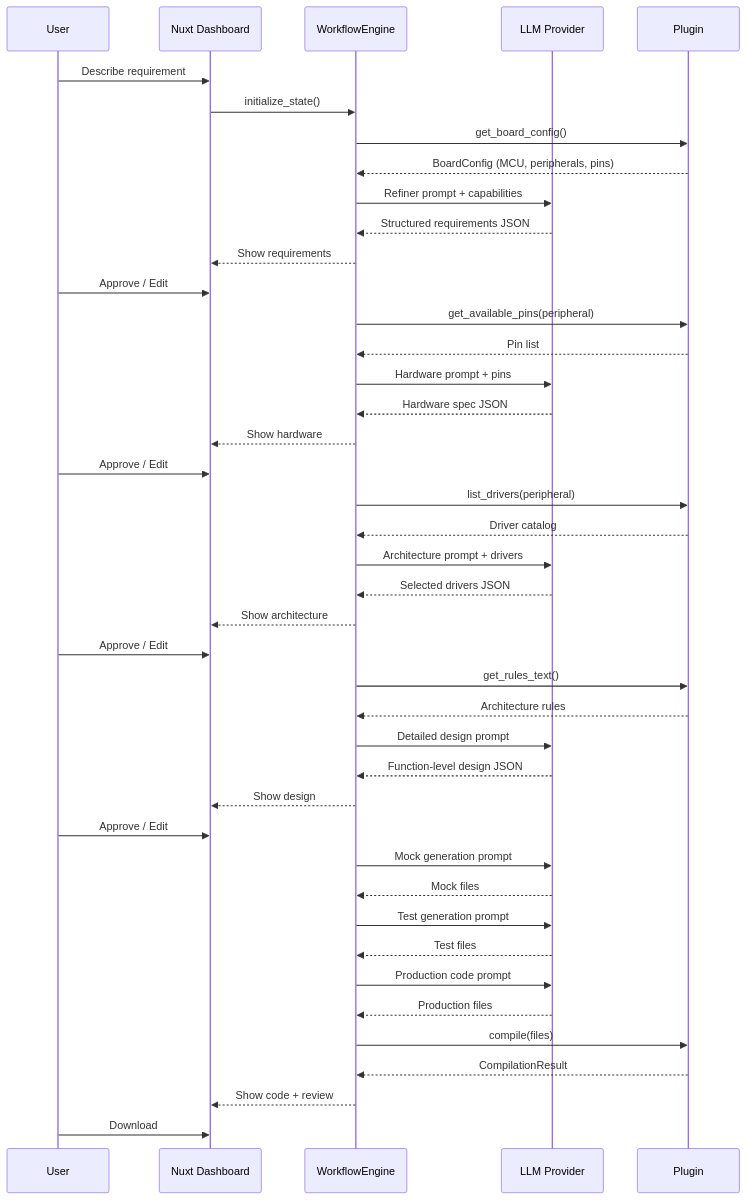
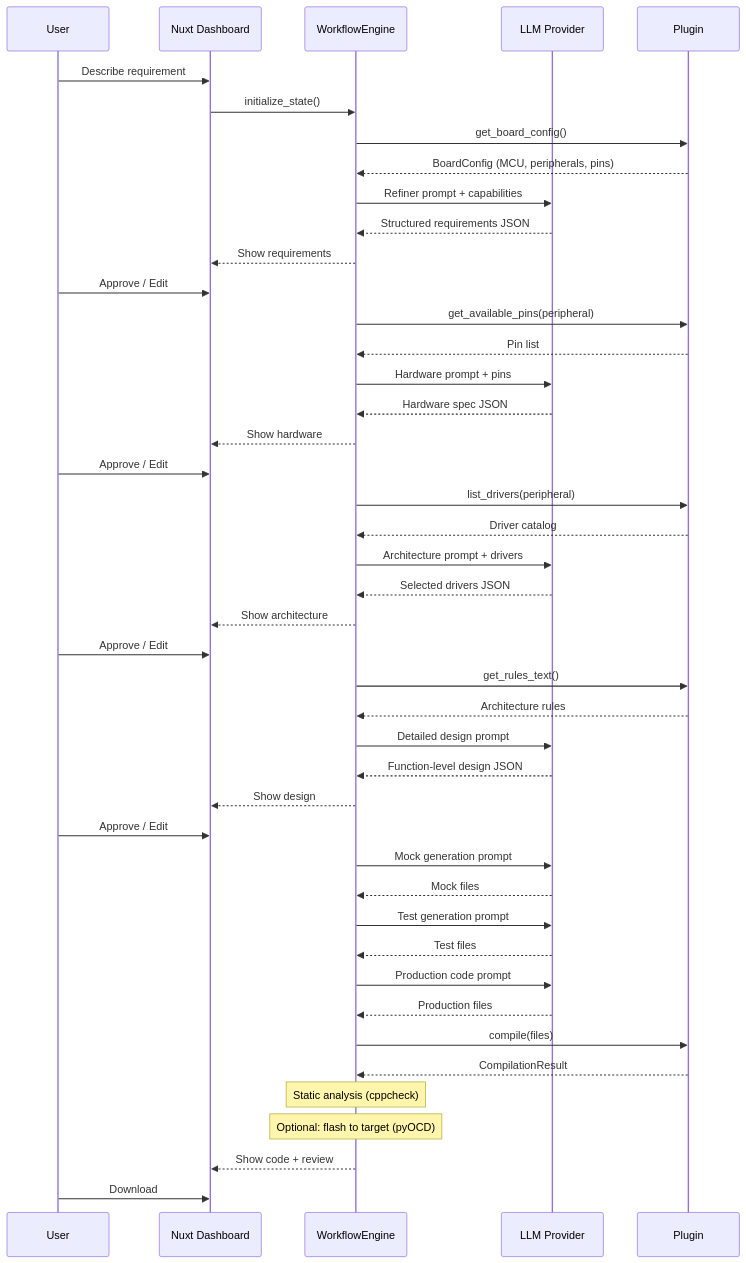
The diagram in docs/ARCHITECTURE.md (EchoSNS/embedforge), drawn with Mermaid before and after one commit. The commit also changed other lines of this file and 32 other files, not shown here.

First line of the commit message:
feat: add static analysis, flash service, and comprehensive observability

````diff
--- a/docs/ARCHITECTURE.md
+++ b/docs/ARCHITECTURE.md
@@ -65,50 +66,54 @@
 ```mermaid
 sequenceDiagram
     participant U as User
     participant UI as Nuxt Dashboard
     participant WF as WorkflowEngine
     participant LLM as LLM Provider
     participant P as Plugin
 
     U->>UI: Describe requirement
     UI->>WF: initialize_state()
     WF->>P: get_board_config()
     P-->>WF: BoardConfig (MCU, peripherals, pins)
 
     WF->>LLM: Refiner prompt + capabilities
     LLM-->>WF: Structured requirements JSON
     WF-->>UI: Show requirements
     U->>UI: Approve / Edit
 
     WF->>P: get_available_pins(peripheral)
     P-->>WF: Pin list
     WF->>LLM: Hardware prompt + pins
     LLM-->>WF: Hardware spec JSON
     WF-->>UI: Show hardware
     U->>UI: Approve / Edit
 
     WF->>P: list_drivers(peripheral)
     P-->>WF: Driver catalog
     WF->>LLM: Architecture prompt + drivers
     LLM-->>WF: Selected drivers JSON
     WF-->>UI: Show architecture
     U->>UI: Approve / Edit
 
     WF->>P: get_rules_text()
     P-->>WF: Architecture rules
     WF->>LLM: Detailed design prompt
     LLM-->>WF: Function-level design JSON
     WF-->>UI: Show design
     U->>UI: Approve / Edit
 
     WF->>LLM: Mock generation prompt
     LLM-->>WF: Mock files
     WF->>LLM: Test generation prompt
     LLM-->>WF: Test files
     WF->>LLM: Production code prompt
     LLM-->>WF: Production files
     WF->>P: compile(files)
     P-->>WF: CompilationResult
+
+    Note over WF: Static analysis (cppcheck)
+    Note over WF: Optional: flash to target (pyOCD)
+
     WF-->>UI: Show code + review
     U->>UI: Download
 ```
````
